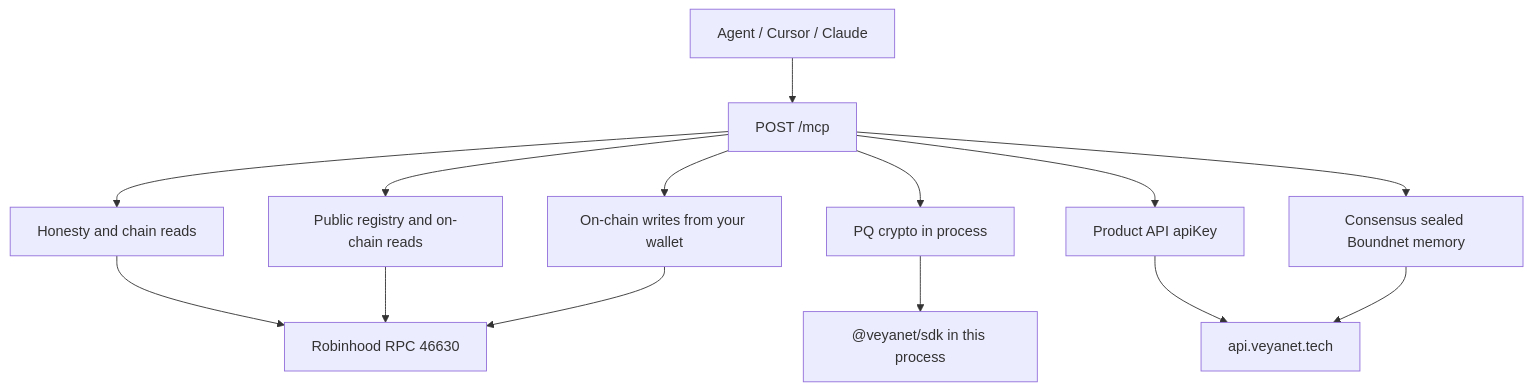
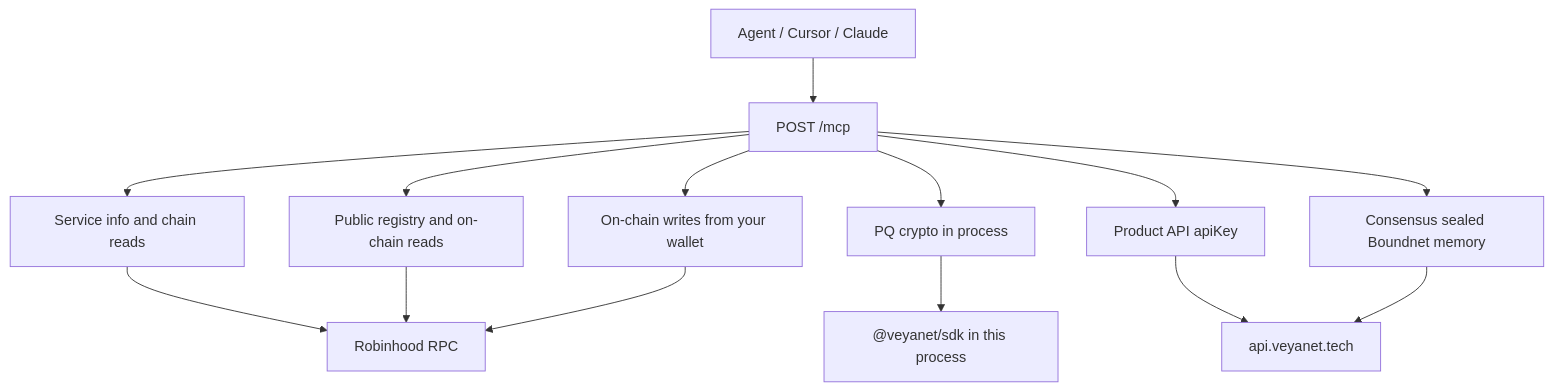
Before and after one commit to veyanet/veya-mcp: the diagram in docs/TOOLS.md, drawn with Mermaid. The commit also changed other lines of this file, not shown here.

````diff
--- a/docs/TOOLS.md
+++ b/docs/TOOLS.md
@@ -63,16 +64,16 @@
 ```mermaid
 flowchart TB
   Agent["Agent / Cursor / Claude"] --> MCP["POST /mcp"]
-  MCP --> Honesty["Honesty and chain reads"]
+  MCP --> Info["Service info and chain reads"]
   MCP --> Crypto["PQ crypto in process"]
   MCP --> Fleet["Consensus sealed Boundnet memory"]
   MCP --> Registry["Public registry and on-chain reads"]
   MCP --> Product["Product API apiKey"]
   MCP --> Writes["On-chain writes from your wallet"]
-  Honesty --> RPC["Robinhood RPC 46630"]
+  Info --> RPC["Robinhood RPC"]
   Registry --> RPC
   Writes --> RPC
   Product --> API["api.veyanet.tech"]
   Fleet --> API
   Crypto --> SDK["@veyanet/sdk in this process"]
 ```
````
